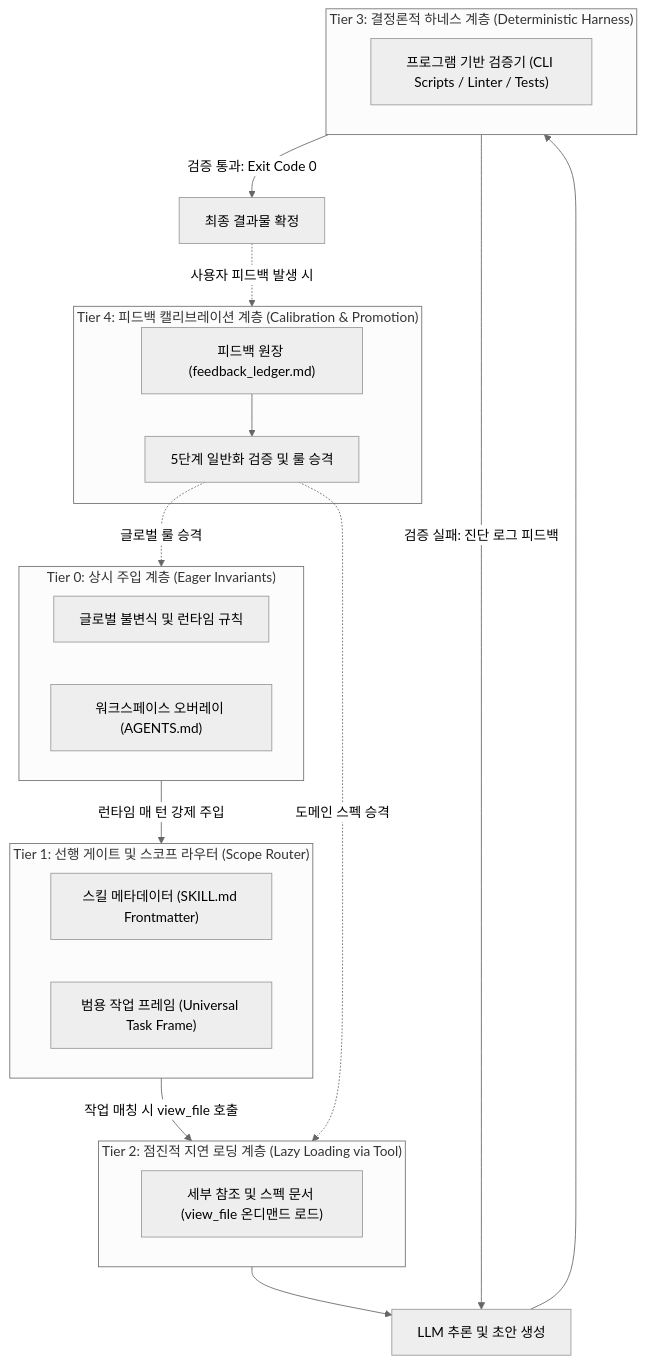
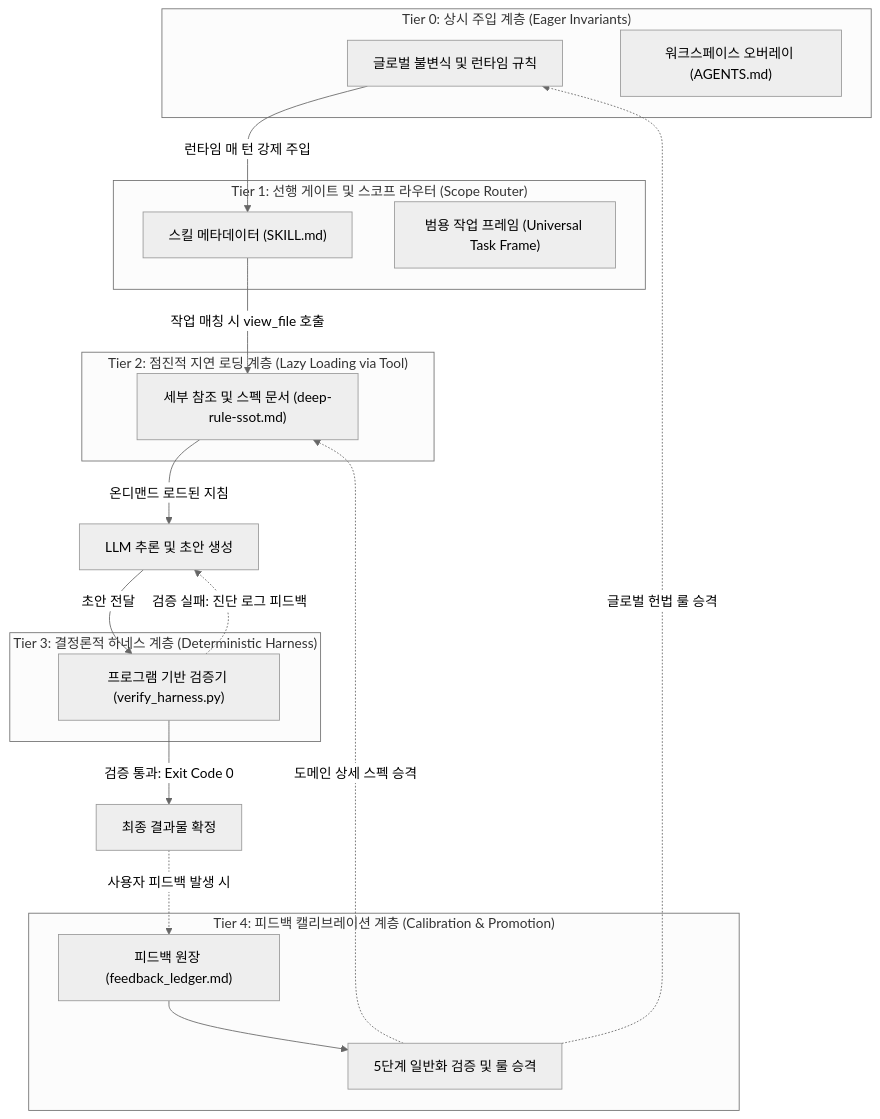
One commit to aimpugn/study changed the diagram in ai/agent_context_lazy_loading_architecture.md. Above: the diagram before and after it, drawn with Mermaid (neutral theme).

Commit message:
fix(ai): enforce strict top-to-bottom layout rank in mermaid flowchart

````diff
--- a/ai/agent_context_lazy_loading_architecture.md
+++ b/ai/agent_context_lazy_loading_architecture.md
@@ -22,36 +22,45 @@
 ```mermaid
 flowchart TD
     subgraph Tier0["Tier 0: 상시 주입 계층 (Eager Invariants)"]
         G["글로벌 불변식 및 런타임 규칙"]
         W["워크스페이스 오버레이 (AGENTS.md)"]
     end
 
     subgraph Tier1["Tier 1: 선행 게이트 및 스코프 라우터 (Scope Router)"]
-        S["스킬 메타데이터 (SKILL.md Frontmatter)"]
+        S["스킬 메타데이터 (SKILL.md)"]
         TF["범용 작업 프레임 (Universal Task Frame)"]
     end
 
     subgraph Tier2["Tier 2: 점진적 지연 로딩 계층 (Lazy Loading via Tool)"]
-        REF["세부 참조 및 스펙 문서 (view_file 온디맨드 로드)"]
+        REF["세부 참조 및 스펙 문서 (deep-rule-ssot.md)"]
     end
 
+    LLM["LLM 추론 및 초안 생성"]
+
     subgraph Tier3["Tier 3: 결정론적 하네스 계층 (Deterministic Harness)"]
-        H["프로그램 기반 검증기 (CLI Scripts / Linter / Tests)"]
+        H["프로그램 기반 검증기 (verify_harness.py)"]
     end
+
+    OUTPUT["최종 결과물 확정"]
 
     subgraph Tier4["Tier 4: 피드백 캘리브레이션 계층 (Calibration & Promotion)"]
         LEDGER["피드백 원장 (feedback_ledger.md)"]
         PROMOTE["5단계 일반화 검증 및 룰 승격"]
     end
 
-    Tier0 -->|런타임 매 턴 강제 주입| Tier1
-    Tier1 -->|작업 매칭 시 view_file 호출| Tier2
-    Tier2 --> LLM["LLM 추론 및 초안 생성"]
-    LLM --> Tier3
-    Tier3 -->|검증 통과: Exit Code 0| Output["최종 결과물 확정"]
-    Tier3 -->|검증 실패: 진단 로그 피드백| LLM
-    Output -.->|사용자 피드백 발생 시| Tier4
+    %% 정방향 파이프라인 실행 흐름 (Top to Bottom)
+    G -->|런타임 매 턴 강제 주입| S
+    S -->|작업 매칭 시 view_file 호출| REF
+    REF -->|온디맨드 로드된 지침| LLM
+    LLM -->|초안 전달| H
+    H -->|검증 통과: Exit Code 0| OUTPUT
+
+    %% 자체 교정 피드백 루프 (Self-Correction Loop)
+    H -.->|검증 실패: 진단 로그 피드백| LLM
+
+    %% 피드백 및 승격 루프 (Calibration & Promotion Loop)
+    OUTPUT -.->|사용자 피드백 발생 시| LEDGER
     LEDGER --> PROMOTE
-    PROMOTE -.->|글로벌 룰 승격| Tier0
-    PROMOTE -.->|도메인 스펙 승격| Tier2
+    PROMOTE -.->|글로벌 헌법 룰 승격| G
+    PROMOTE -.->|도메인 상세 스펙 승격| REF
 ```
````
